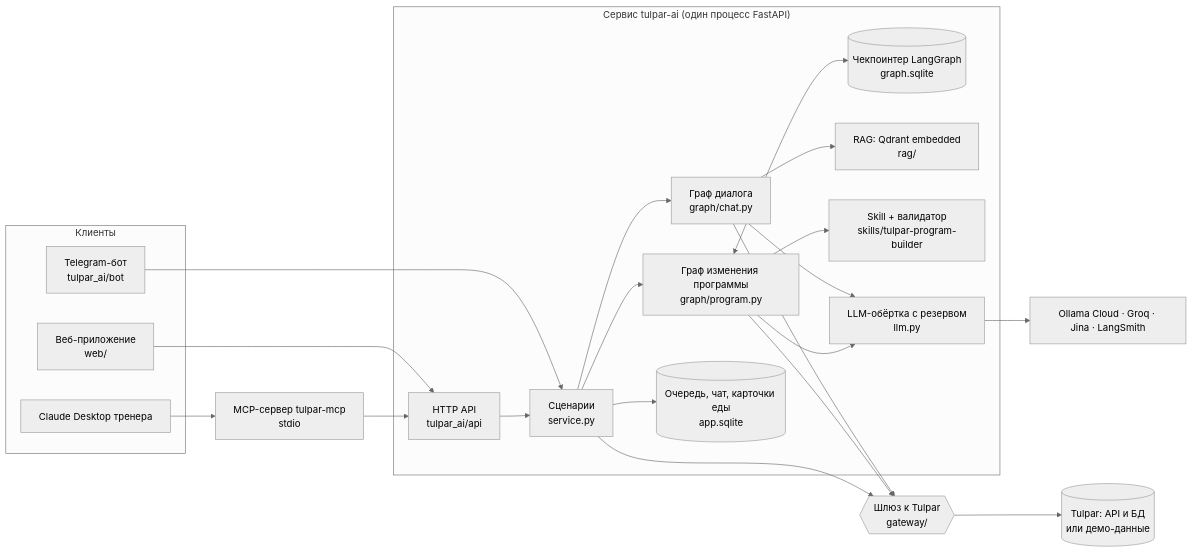
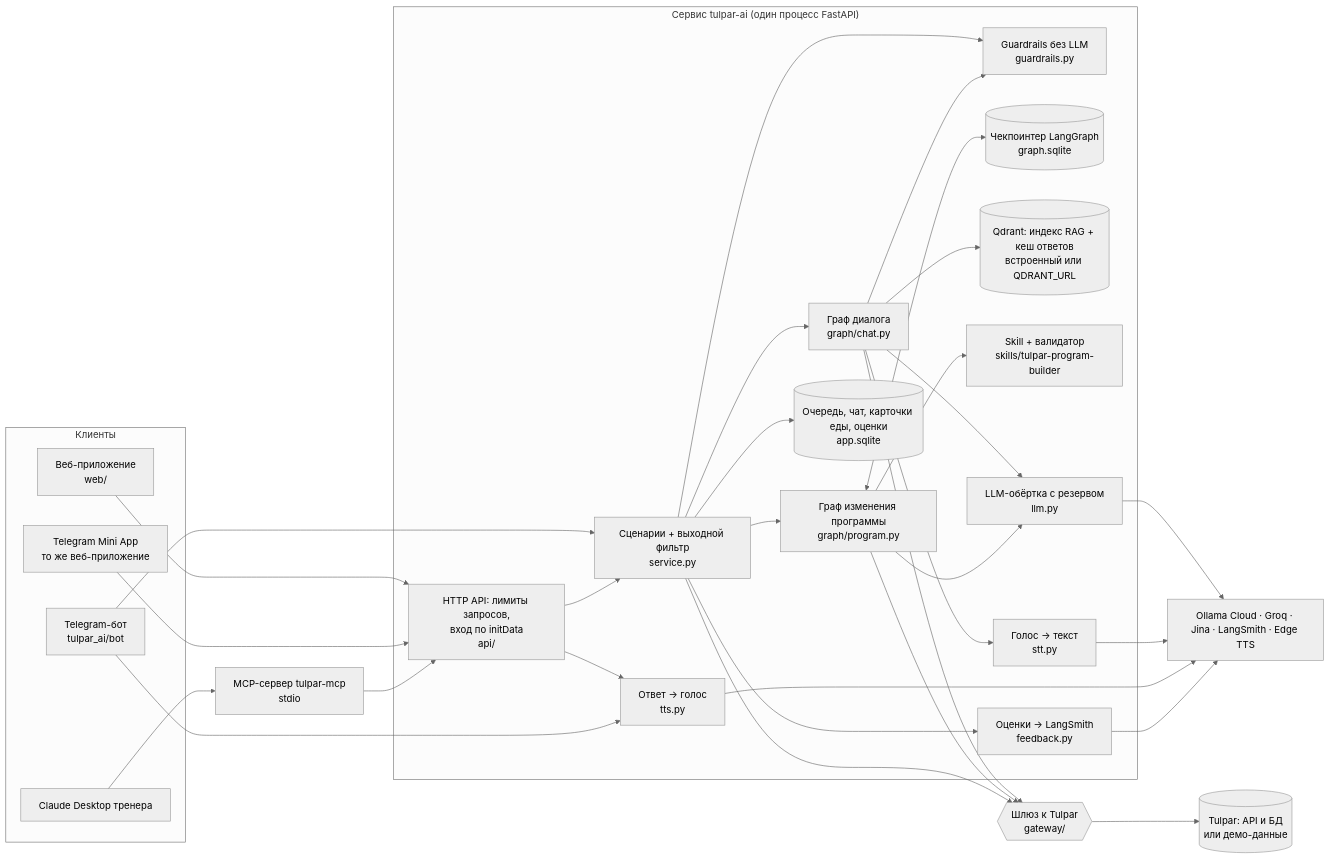
One commit to DevLuigiGit/tulpar-ai-coach changed the first of 3 diagrams in ARCHITECTURE.md. Above: the diagram before and after it, drawn with Mermaid (neutral theme). The commit also changed other lines of this file and 6 other files, not shown here.

Commit message:
Документация: README с логотипом и командой, архитектура guardrails, кэша, голоса, Mini App и Qdrant, выводы 16–21 в EVALS, итоговые прогоны на слитом коде

````diff
--- a/ARCHITECTURE.md
+++ b/ARCHITECTURE.md
@@ -19,34 +21,44 @@
 ```mermaid
 flowchart LR
   subgraph Клиенты
     W[Веб-приложение<br/>web/]
+    MA[Telegram Mini App<br/>то же веб-приложение]
     B[Telegram-бот<br/>tulpar_ai/bot]
     CD[Claude Desktop тренера]
   end
   subgraph Сервис["Сервис tulpar-ai (один процесс FastAPI)"]
-    API[HTTP API<br/>tulpar_ai/api]
-    SVC[Сценарии<br/>service.py]
+    API[HTTP API: лимиты запросов,<br/>вход по initData<br/>api/]
+    SVC[Сценарии + выходной фильтр<br/>service.py]
+    GR[Guardrails без LLM<br/>guardrails.py]
     CG[Граф диалога<br/>graph/chat.py]
     PG[Граф изменения программы<br/>graph/program.py]
     CP[(Чекпоинтер LangGraph<br/>graph.sqlite)]
-    ST[(Очередь, чат, карточки еды<br/>app.sqlite)]
-    RAG[RAG: Qdrant embedded<br/>rag/]
+    ST[(Очередь, чат, карточки еды, оценки<br/>app.sqlite)]
+    QD[(Qdrant: индекс RAG + кеш ответов<br/>встроенный или QDRANT_URL)]
     SK[Skill + валидатор<br/>skills/tulpar-program-builder]
     LLM[LLM-обёртка с резервом<br/>llm.py]
+    STT[Голос → текст<br/>stt.py]
+    TTS[Ответ → голос<br/>tts.py]
+    FB[Оценки → LangSmith<br/>feedback.py]
   end
   MCP[MCP-сервер tulpar-mcp<br/>stdio]
   GW{{Шлюз к Tulpar<br/>gateway/}}
   T[(Tulpar: API и БД<br/>или демо-данные)]
-  EXT[Ollama Cloud · Groq · Jina · LangSmith]
+  EXT[Ollama Cloud · Groq · Jina · LangSmith · Edge TTS]
 
-  W --> API
+  W & MA --> API
   B --> SVC
   CD --> MCP --> API
   API --> SVC --> CG & PG
+  SVC & CG --> GR
   PG <--> CP
   SVC --> ST
-  CG --> RAG
+  SVC --> FB
+  CG --> QD
+  CG --> STT
+  API & B --> TTS
   PG --> SK
   CG & PG --> LLM --> EXT
+  STT & TTS & FB --> EXT
   CG & PG & SVC --> GW --> T
 ```
````
